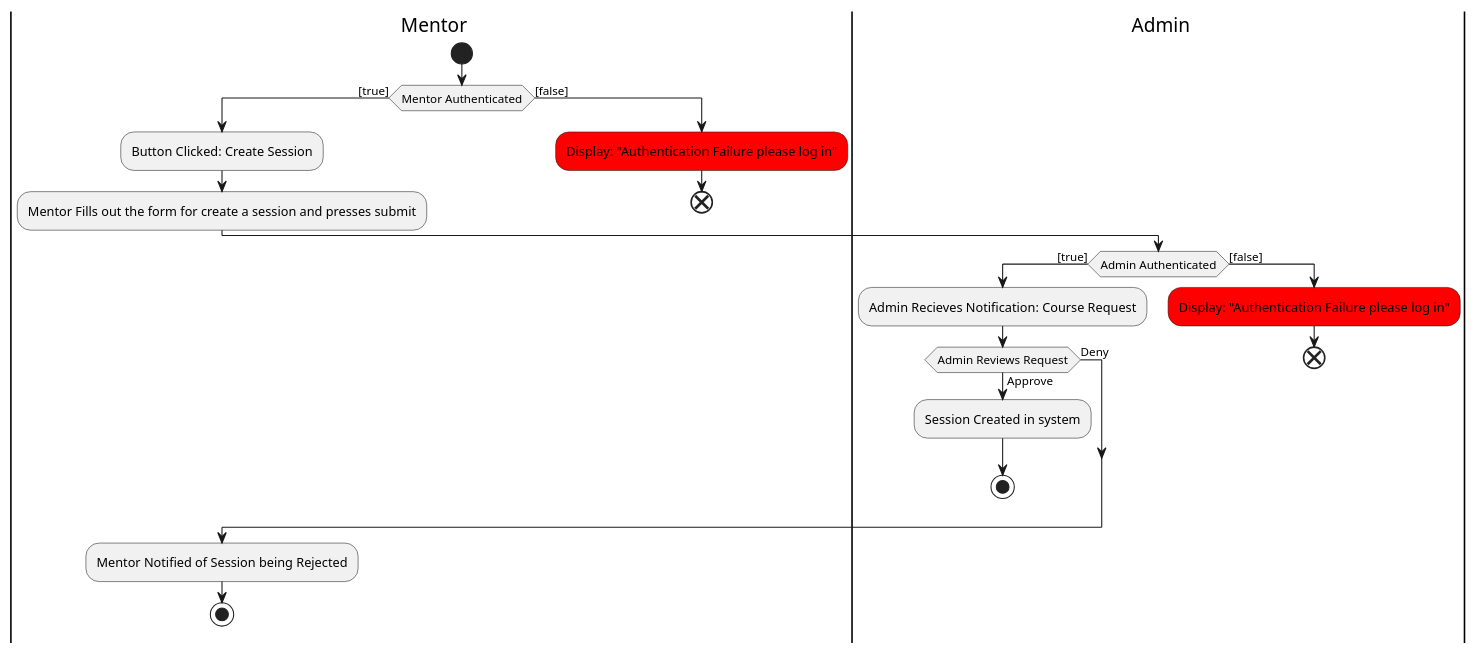
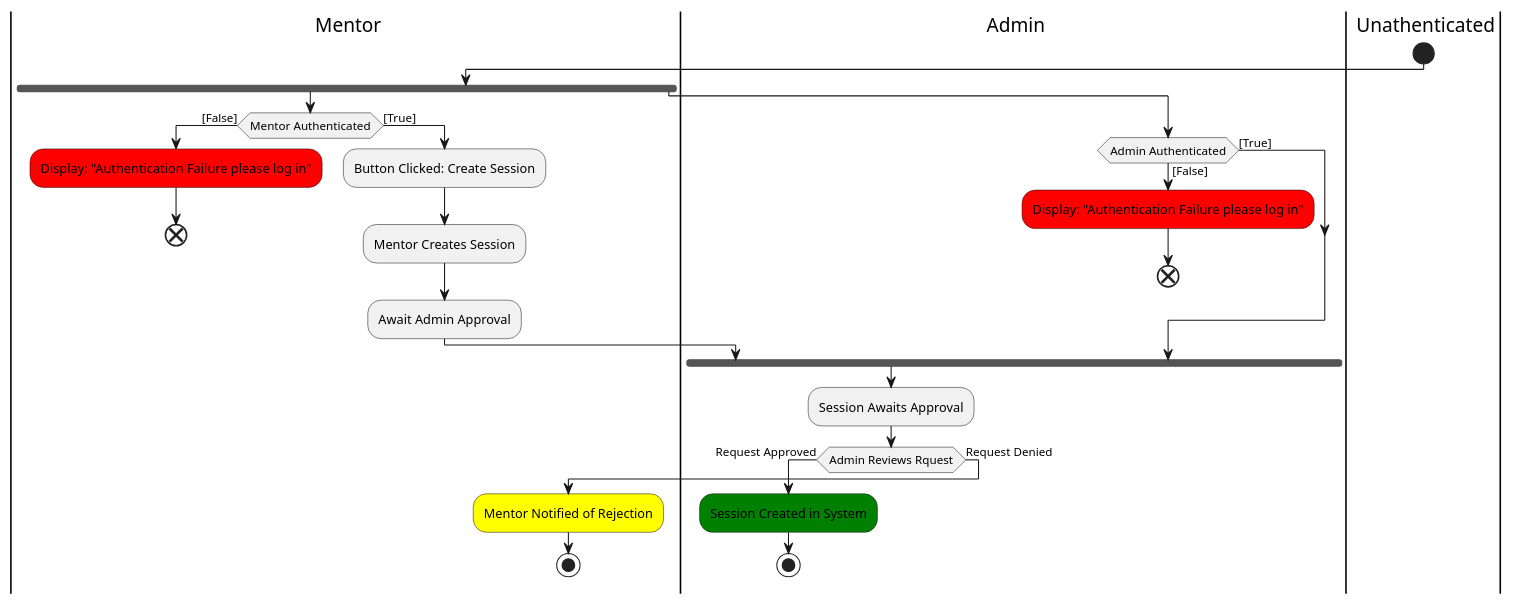
Before and after one commit to bmb0136/COMP-3700-Project: the diagram in Activities/CreateSession.iuml, drawn with PlantUML. The commit also changed 3 other files, not shown here.

Commit message:
Updates Activity Diagrams

```diff
--- a/Activities/CreateSession.iuml
+++ b/Activities/CreateSession.iuml
@@ -1,35 +1,35 @@
-@startuml CreateSession
-' define swim lanes (optional)
+@startuml
 |S1| Mentor
 |S2| Admin
+|S3| Unathenticated
 
+start
 |S1|
-start
-if(Mentor Authenticated) then ([true])
+fork
+if(Mentor Authenticated) then ([False])
+#red:Display: "Authentication Failure please log in";
+end
+else([True])
 :Button Clicked: Create Session;
-:Mentor Fills out the form for create a session and presses submit;
+:Mentor Creates Session;
+:Await Admin Approval;
+endif
 
 
 |S2|
-if(Admin Authenticated) then ([true])
-:Admin Recieves Notification: Course Request;
-if (Admin Reviews Request) then (Approve)
-:Session Created in system;
-stop
-else(Deny)
-endif
-else ([false])
+fork again
+if(Admin Authenticated) then ([False])
 #red:Display: "Authentication Failure please log in";
 end
+else([True])
 endif
-
-
+end fork
+:Session Awaits Approval;
+if (Admin Reviews Rquest) then (Request Approved)
+#Green :Session Created in System;
+stop
+else (Request Denied)
 |S1|
-:Mentor Notified of Session being Rejected;
+#yellow :Mentor Notified of Rejection;
 stop
-else ([false])
-#red:Display: "Authentication Failure please log in";
-end
-
-
 @enduml
```
